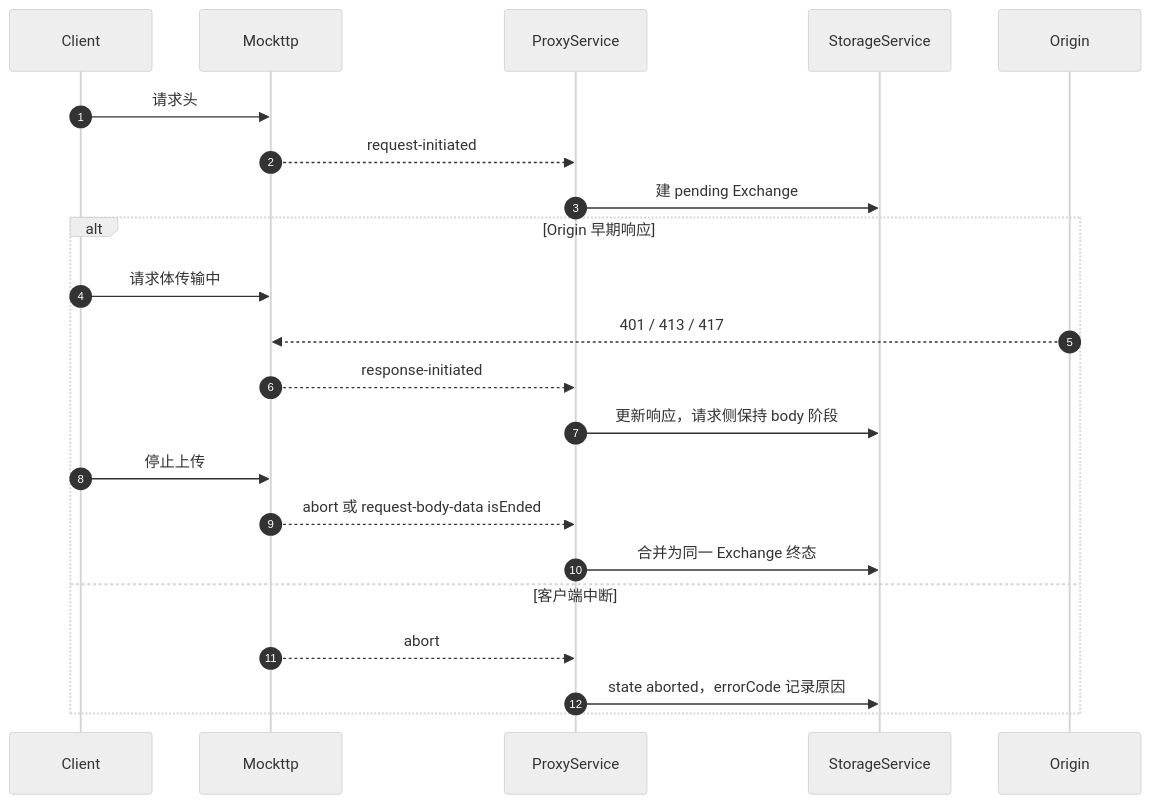
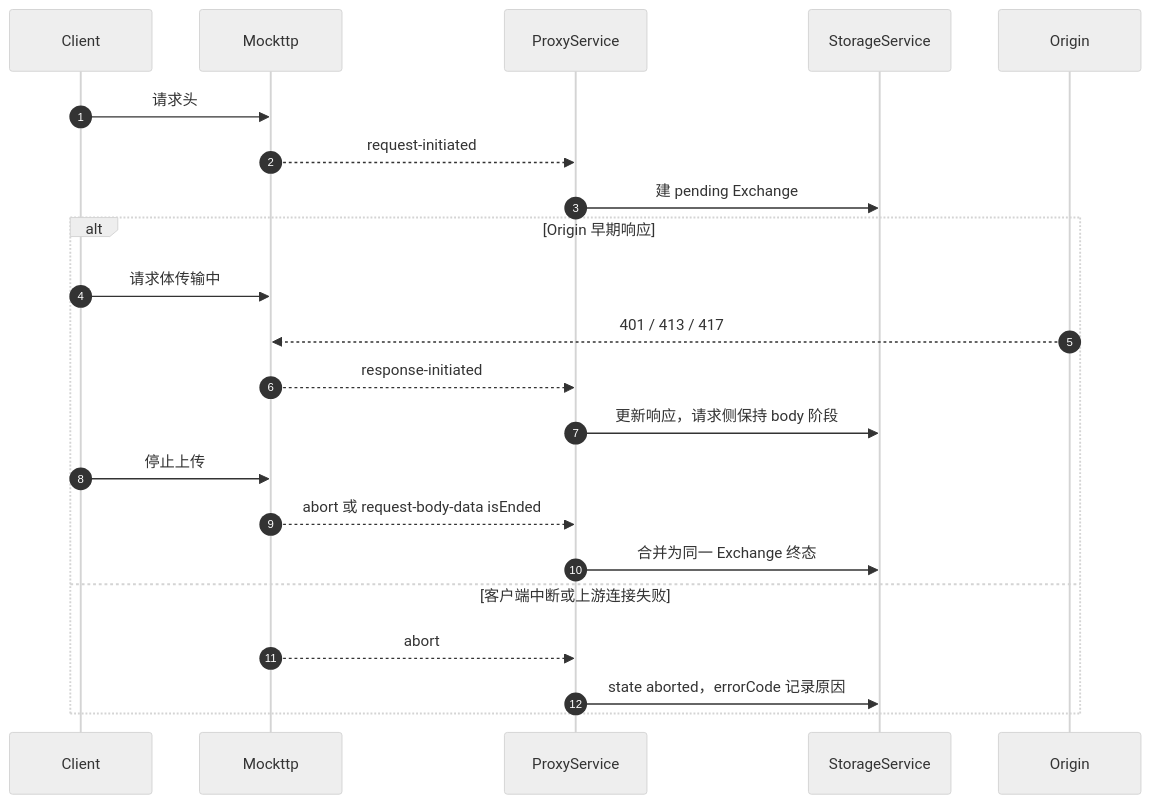
Before and after one commit to zhxmt-xm/Interceptor: the fifth of 8 diagrams in architecture/feature-capture.md, drawn with Mermaid (neutral theme). The commit also changed other lines of this file and 5 other files, not shown here.

````diff
--- a/architecture/feature-capture.md
+++ b/architecture/feature-capture.md
@@ -383,26 +383,26 @@
 ```mermaid
 sequenceDiagram
     autonumber
     participant Client
     participant Mockttp
     participant Proxy as ProxyService
     participant Storage as StorageService
     participant Origin
 
     Client->>Mockttp: 请求头
     Mockttp-->>Proxy: request-initiated
     Proxy->>Storage: 建 pending Exchange
 
     alt Origin 早期响应
         Client->>Mockttp: 请求体传输中
         Origin-->>Mockttp: 401 / 413 / 417
         Mockttp-->>Proxy: response-initiated
         Proxy->>Storage: 更新响应，请求侧保持 body 阶段
         Client->>Mockttp: 停止上传
         Mockttp-->>Proxy: abort 或 request-body-data isEnded
         Proxy->>Storage: 合并为同一 Exchange 终态
-    else 客户端中断
+    else 客户端中断或上游连接失败
         Mockttp-->>Proxy: abort
         Proxy->>Storage: state aborted，errorCode 记录原因
     end
 ```
````
